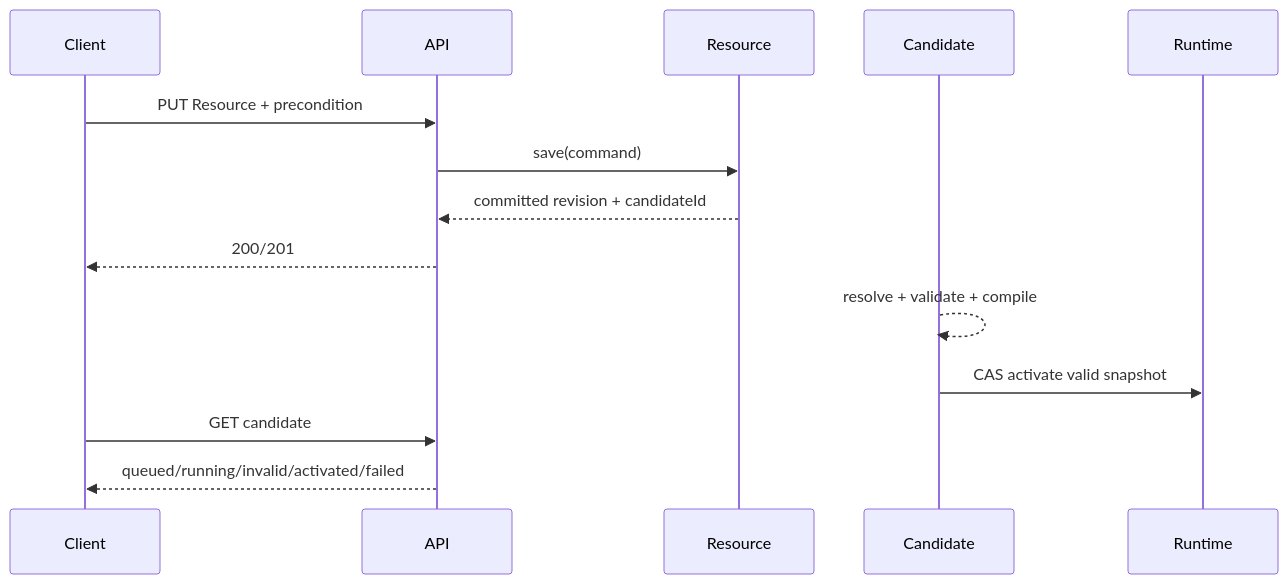
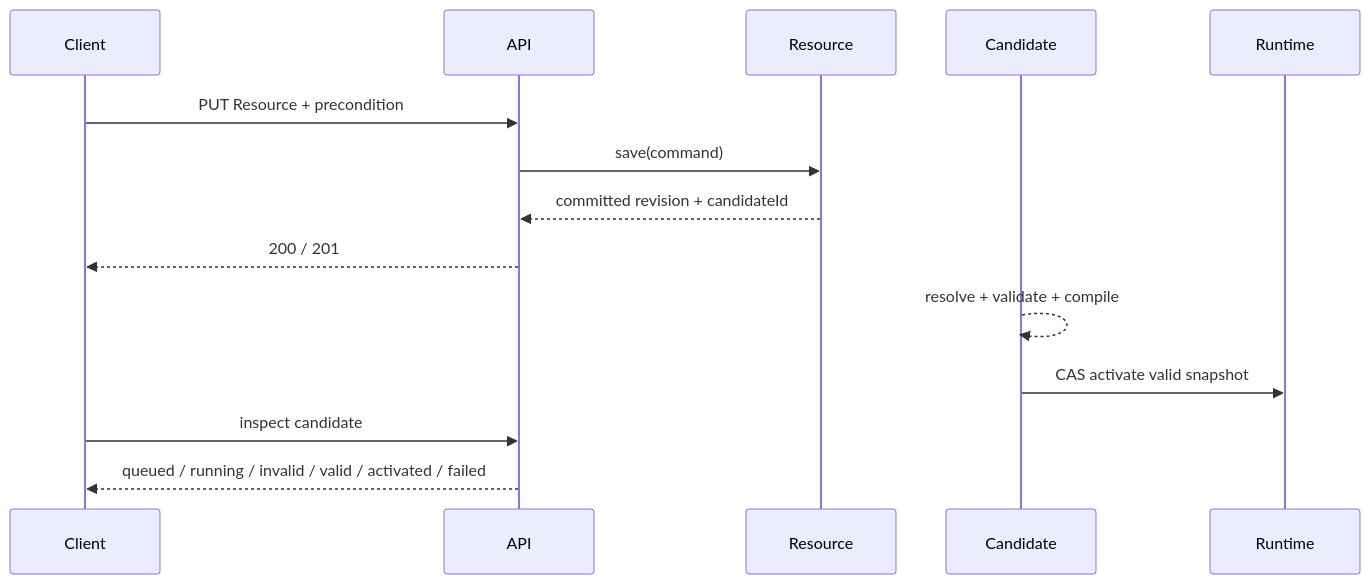
Before and after one commit to taskmigo/docs: the second of 3 diagrams in content/versions/v0/developer/api.mdx, drawn with Mermaid. The commit also changed other lines of this file and 25 other files, not shown here.

````diff
--- a/content/versions/v0/developer/api.mdx
+++ b/content/versions/v0/developer/api.mdx
@@ -125,17 +82,17 @@
 ```mermaid
 sequenceDiagram
   participant Client
   participant API
   participant Resource
   participant Candidate
   participant Runtime
 
   Client->>API: PUT Resource + precondition
   API->>Resource: save(command)
   Resource-->>API: committed revision + candidateId
-  API-->>Client: 200/201
+  API-->>Client: 200 / 201
   Candidate-->>Candidate: resolve + validate + compile
   Candidate->>Runtime: CAS activate valid snapshot
-  Client->>API: GET candidate
-  API-->>Client: queued/running/invalid/activated/failed
+  Client->>API: inspect candidate
+  API-->>Client: queued / running / invalid / valid / activated / failed
 ```
````
